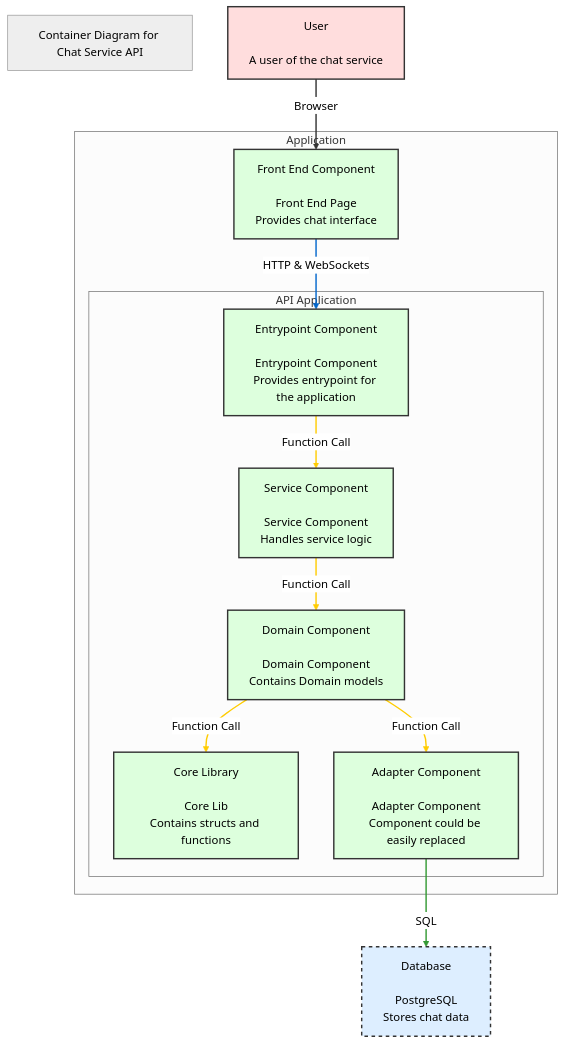
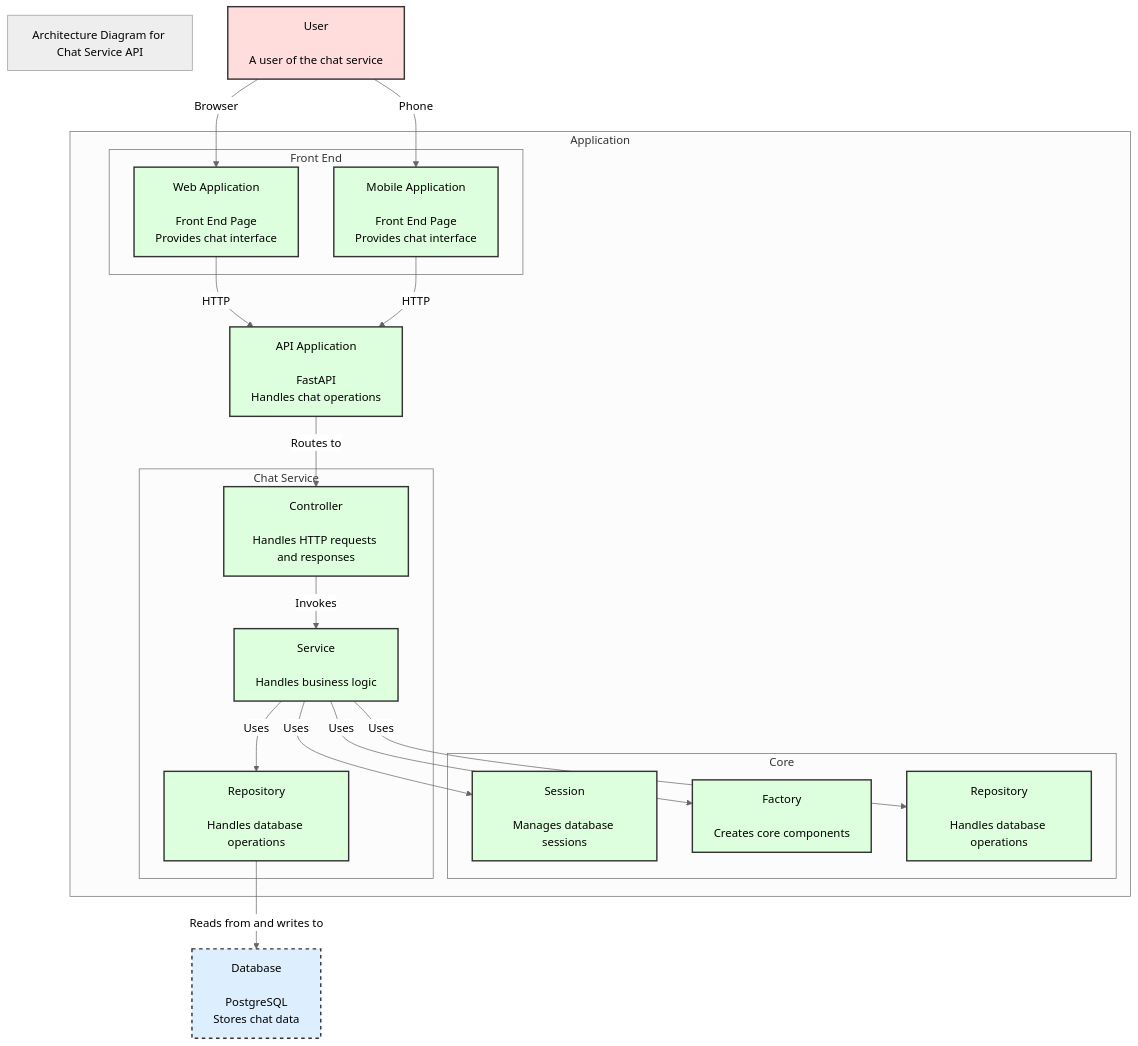
One commit to duchuyvp/skindex-test changed the diagram in docs/c4component.mmd. Above: the diagram before and after it, drawn with Mermaid (neutral theme).

Commit message:
Update architecture diagram for Chat Service API

```diff
--- a/docs/c4component.mmd
+++ b/docs/c4component.mmd
@@ -1,43 +1,44 @@
 flowchart TB
     %% Title
-    title["Container Diagram for Chat Service API"]
-
+    title["Architecture Diagram for Chat Service API"]
+    
     %% Define styles
     classDef person fill:#ffdddd,stroke:#333,stroke-width:2px;
     classDef database fill:#ddeeff,stroke:#333,stroke-width:2px,stroke-dasharray: 5;
     classDef container fill:#ddffdd,stroke:#333,stroke-width:2px;
     classDef boundary stroke:#999,stroke-width:2px,stroke-dasharray: 3;
-
+    
     %% Define elements
     user["User\n\nA user of the chat service"]:::person
     database["Database\n\nPostgreSQL\nStores chat data"]:::database
-
+    
     subgraph Application_Boundary["Application"]
-        fe_app["Front End Component\n\nFront End Page\nProvides chat interface"]:::container
-
-        subgraph API_Application["API Application"]
-            core["Core Library\n\nCore Lib\nContains structs and functions"]:::container
-            adapter["Adapter Component\n\nAdapter Component\nComponent could be easily replaced"]:::container
-            domain["Domain Component\n\nDomain Component\nContains Domain models"]:::container
-            service["Service Component\n\nService Component\nHandles service logic"]:::container
-            entrypoint["Entrypoint Component\n\nEntrypoint Component\nProvides entrypoint for the application"]:::container
+        subgraph Front_End["Front End"]
+            web_app["Web Application\n\nFront End Page\nProvides chat interface"]:::container
+            mobile_app["Mobile Application\n\nFront End Page\nProvides chat interface"]:::container
+        end
+        api_service["API Application\n\nFastAPI\nHandles chat operations"]:::container
+        subgraph Core["Core"]
+            core_session["Session\n\nManages database sessions"]:::container
+            core_factory["Factory\n\nCreates core components"]:::container
+            core_repository["Repository\n\nHandles database operations"]:::container
+        end
+        subgraph Chat_Service["Chat Service"]
+            chat_controller["Controller\n\nHandles HTTP requests and responses"]:::container
+            chat_service["Service\n\nHandles business logic"]:::container
+            chat_repository["Repository\n\nHandles database operations"]:::container
         end
     end
-
+    
     %% Define relationships
-    user -->|Browser| fe_app
-    fe_app -->|HTTP & WebSockets| entrypoint
-    entrypoint -->|Function Call| service
-    service -->|Function Call| domain
-    domain -->|Function Call| adapter
-    domain -->|Function Call| core
-    adapter -->|SQL| database
-
-    %% Link styles
-    linkStyle 0 stroke:#333,stroke-width:2px;
-    linkStyle 1 stroke:#0066cc,stroke-width:2px;
-    linkStyle 2 stroke:#ffcc00,stroke-width:2px;
-    linkStyle 3 stroke:#ffcc00,stroke-width:2px;
-    linkStyle 4 stroke:#ffcc00,stroke-width:2px;
-    linkStyle 5 stroke:#ffcc00,stroke-width:2px;
-    linkStyle 6 stroke:#339933,stroke-width:2px;
+    user -->|Browser| web_app
+    user -->|Phone| mobile_app
+    web_app -->|HTTP| api_service
+    mobile_app -->|HTTP| api_service
+    api_service -->|Routes to| chat_controller
+    chat_controller -->|Invokes| chat_service
+    chat_service -->|Uses| chat_repository
+    chat_repository -->|Reads from and writes to| database
+    chat_service -->|Uses| core_session
+    chat_service -->|Uses| core_factory
+    chat_service -->|Uses| core_repository
```
